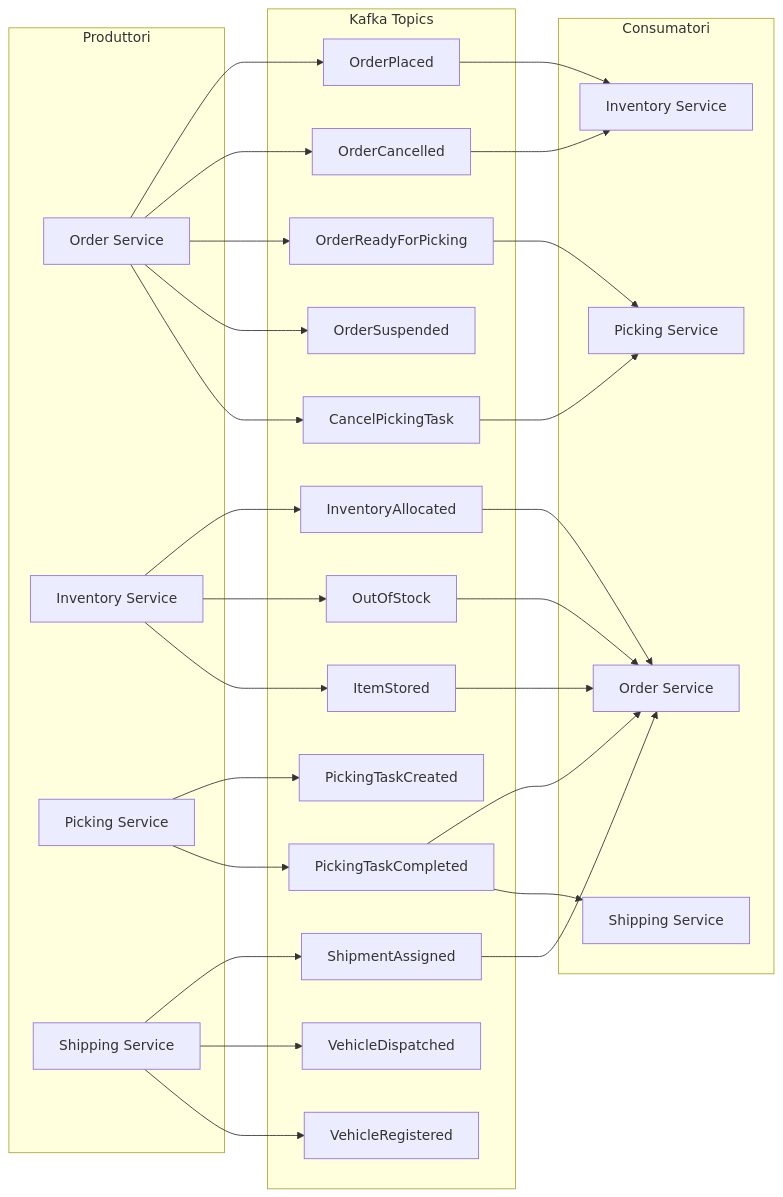
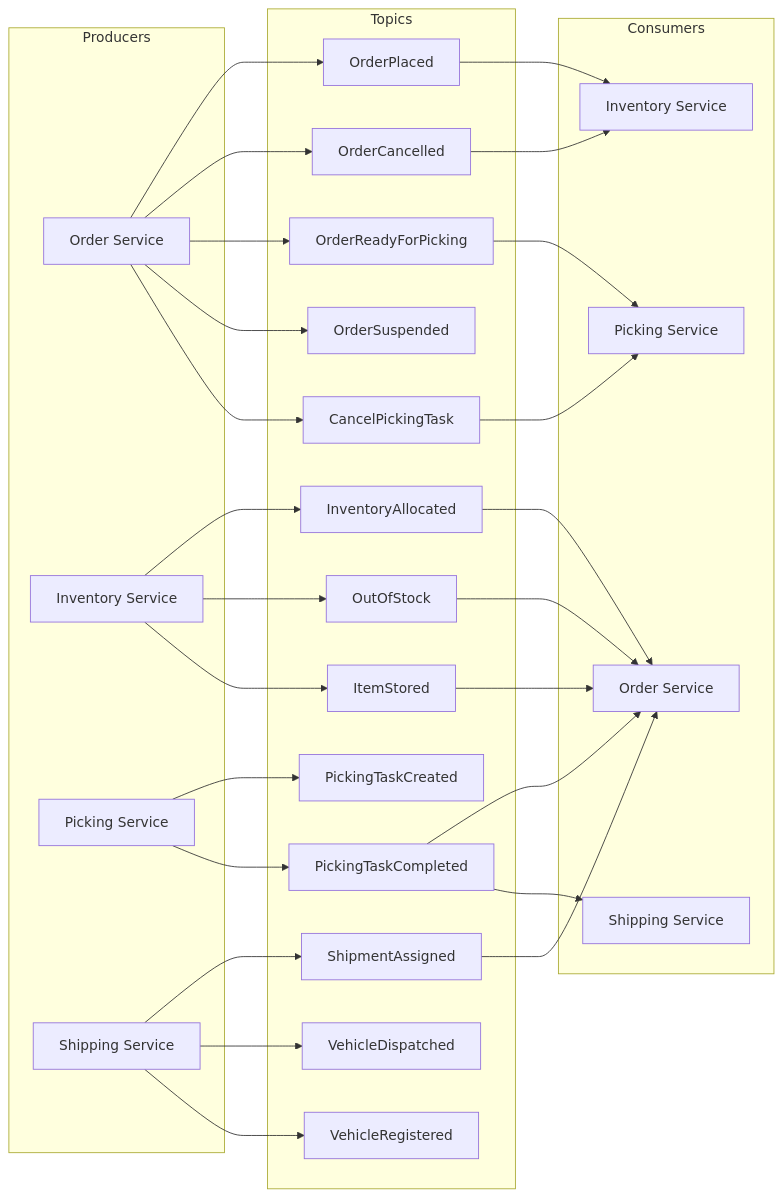
Before and after one commit to matteoventuri7/WHS: the fifth of 11 diagrams in docs/software-architecture-report.md, drawn with Mermaid. The commit also changed other lines of this file and 153 other files, not shown here.

Commit message:
Add coverage report files Edit architectural report

````diff
--- a/docs/software-architecture-report.md
+++ b/docs/software-architecture-report.md
@@ -783,57 +582,57 @@
 ```mermaid
 graph LR
-    subgraph Producers["Produttori"]
+    subgraph Producers
         ORD_P[Order Service]
         INV_P[Inventory Service]
         PICK_P[Picking Service]
         SHIP_P[Shipping Service]
     end
 
-    subgraph Topics["Kafka Topics"]
+    subgraph Topics
         OP[OrderPlaced]
         OC[OrderCancelled]
         ORP[OrderReadyForPicking]
         OS[OrderSuspended]
         IA[InventoryAllocated]
         OOS[OutOfStock]
         IS[ItemStored]
         PTC[PickingTaskCreated]
         PTCO[PickingTaskCompleted]
         CPT[CancelPickingTask]
         SA[ShipmentAssigned]
         VD[VehicleDispatched]
         VR[VehicleRegistered]
     end
 
-    subgraph Consumers["Consumatori"]
+    subgraph Consumers
         ORD_C[Order Service]
         INV_C[Inventory Service]
         PICK_C[Picking Service]
         SHIP_C[Shipping Service]
     end
 
     ORD_P --> OP
     ORD_P --> OC
     ORD_P --> ORP
     ORD_P --> OS
     ORD_P --> CPT
     INV_P --> IA
     INV_P --> OOS
     INV_P --> IS
     PICK_P --> PTC
     PICK_P --> PTCO
     SHIP_P --> SA
     SHIP_P --> VD
     SHIP_P --> VR
 
     OP --> INV_C
     OC --> INV_C
     IA --> ORD_C
     OOS --> ORD_C
     IS --> ORD_C
     PTCO --> ORD_C
     SA --> ORD_C
     ORP --> PICK_C
     CPT --> PICK_C
     PTCO --> SHIP_C
 ```
````
